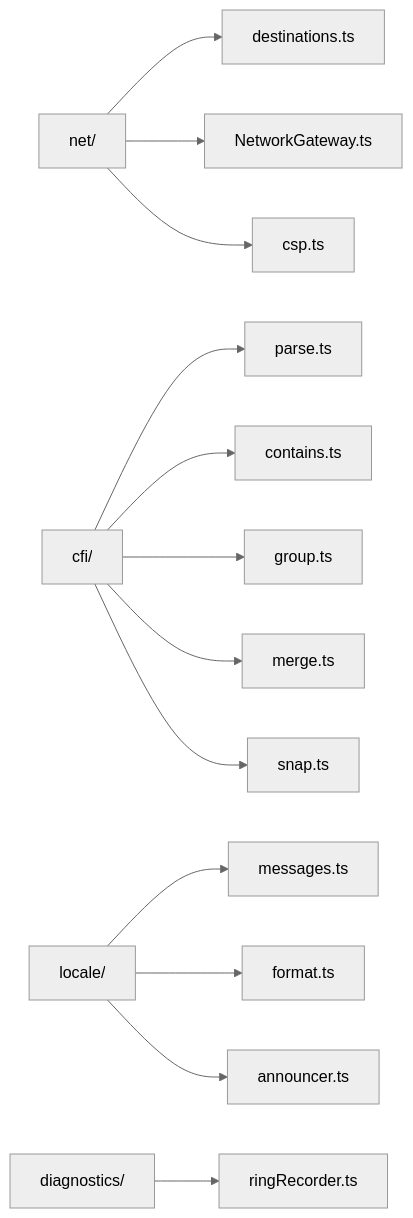
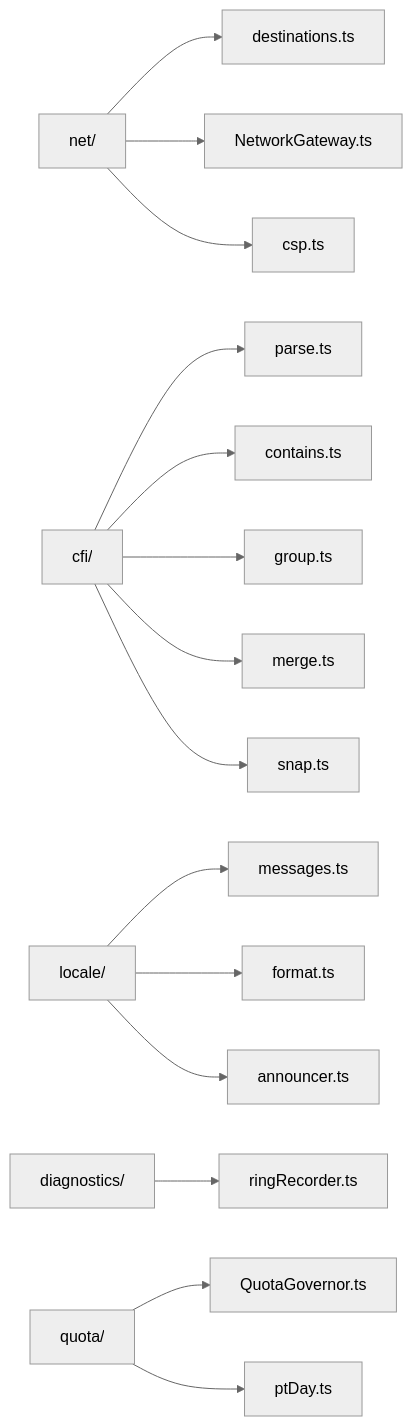
Before and after one commit to vrwarp/versicle: the third of 10 diagrams in docs/comprehensive/81-directory-map.md, drawn with Mermaid (neutral theme). The commit also changed other lines of this file and 17 other files, not shown here.

First line of the commit message:
docs(comprehensive): document quota governor, semantic search, Artifact Lane

````diff
--- a/docs/comprehensive/81-directory-map.md
+++ b/docs/comprehensive/81-directory-map.md
@@ -183,19 +183,22 @@
 ```mermaid
 graph LR
     NET["net/"]
     CFI["cfi/"]
     LOCALE["locale/"]
     DIAG["diagnostics/"]
+    QUOTA["quota/"]
     NET --> DESTINATIONS["destinations.ts"]
     NET --> NGW["NetworkGateway.ts"]
     NET --> CSP["csp.ts"]
     CFI --> PARSE["parse.ts"]
     CFI --> CONTAINS["contains.ts"]
     CFI --> GROUP["group.ts"]
     CFI --> MERGE["merge.ts"]
     CFI --> SNAP["snap.ts"]
     LOCALE --> MESSAGES["messages.ts"]
     LOCALE --> FORMAT["format.ts"]
     LOCALE --> ANNOUNCER["announcer.ts"]
     DIAG --> RING["ringRecorder.ts"]
+    QUOTA --> QGOV["QuotaGovernor.ts"]
+    QUOTA --> PTDAY["ptDay.ts"]
 ```
````
